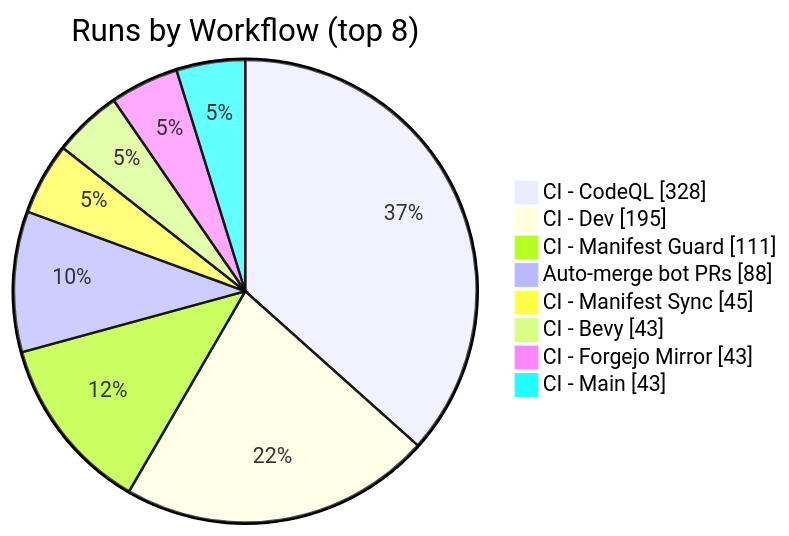
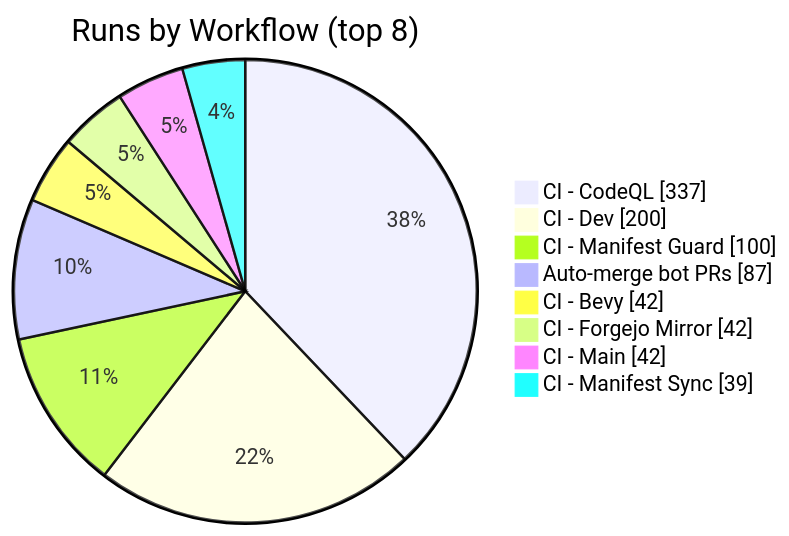
Before and after one commit to KBVE/kbve: the second of 2 diagrams in apps/kbve/astro-kbve/src/content/docs/dashboard/ci-health.mdx, drawn with Mermaid. The commit also changed other lines of this file and 1 other file, not shown here.

````diff
--- a/apps/kbve/astro-kbve/src/content/docs/dashboard/ci-health.mdx
+++ b/apps/kbve/astro-kbve/src/content/docs/dashboard/ci-health.mdx
@@ -200,12 +201,12 @@
 ```mermaid
 pie showData
     title Runs by Workflow (top 8)
-    "CI - CodeQL" : 328
-    "CI - Dev" : 195
-    "CI - Manifest Guard" : 111
-    "Auto-merge bot PRs" : 88
-    "CI - Manifest Sync" : 45
-    "CI - Bevy" : 43
-    "CI - Forgejo Mirror" : 43
-    "CI - Main" : 43
+    "CI - CodeQL" : 337
+    "CI - Dev" : 200
+    "CI - Manifest Guard" : 100
+    "Auto-merge bot PRs" : 87
+    "CI - Bevy" : 42
+    "CI - Forgejo Mirror" : 42
+    "CI - Main" : 42
+    "CI - Manifest Sync" : 39
 ```
````
